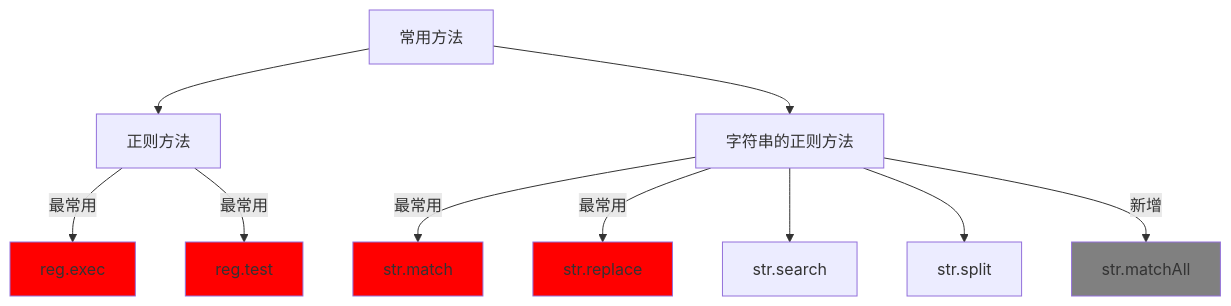
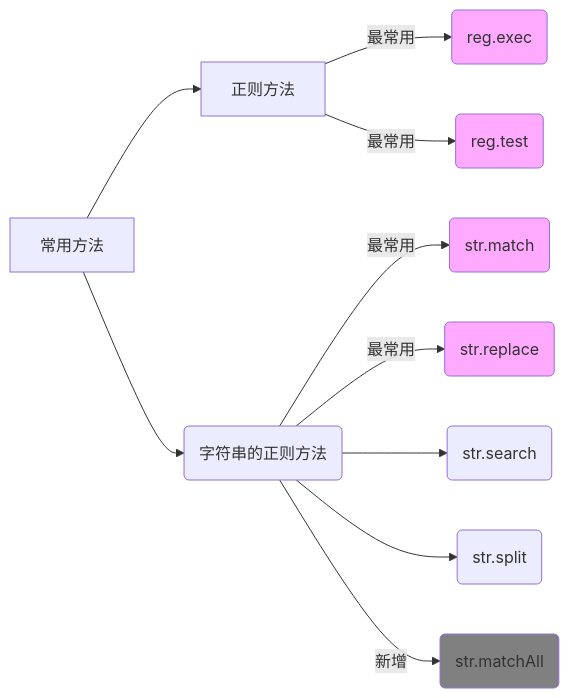
Before and after one commit to esmyy/esmyy.github.io: the second of 3 diagrams in docs/03-JS/01-types/02-reference.md, drawn with Mermaid. The commit also changed other lines of this file and 4 other files, not shown here.

````diff
--- a/docs/03-JS/01-types/02-reference.md
+++ b/docs/03-JS/01-types/02-reference.md
@@ -42,17 +38,17 @@
 ```mermaid
-flowchart TB
+flowchart LR
   A[常用方法] --> RegExp[正则方法]
-  RegExp --最常用--> exec[reg.exec]
-  RegExp --最常用--> test[reg.test]
-  A --> String[字符串的正则方法]
-  String --最常用--> match[str.match]
-  String --最常用--> replace[str.replace]
-  String --> search[str.search]
-  String --> split[str.split]
-  String --新增--> matchAll[str.matchAll]
-  style exec fill:red
-  style test fill:red
-  style match fill:red
-  style replace fill:red
+  RegExp --最常用--> exec(reg.exec)
+  RegExp --最常用--> test(reg.test)
+  A --> String(字符串的正则方法)
+  String --最常用--> match(str.match)
+  String --最常用--> replace(str.replace)
+  String --> search(str.search)
+  String --> split(str.split)
+  String --新增--> matchAll(str.matchAll)
+  style exec fill:#faf
+  style test fill:#faf
+  style match fill:#faf
+  style replace fill:#faf
   style matchAll fill:grey
 ```
````
